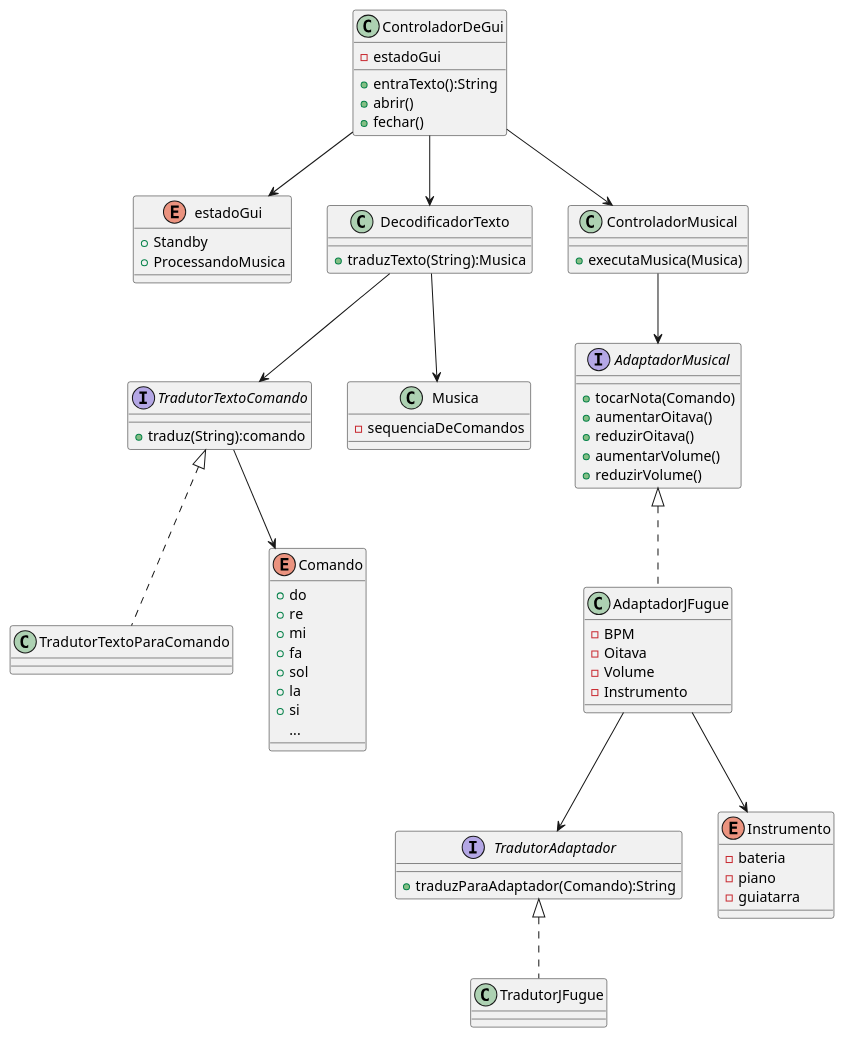
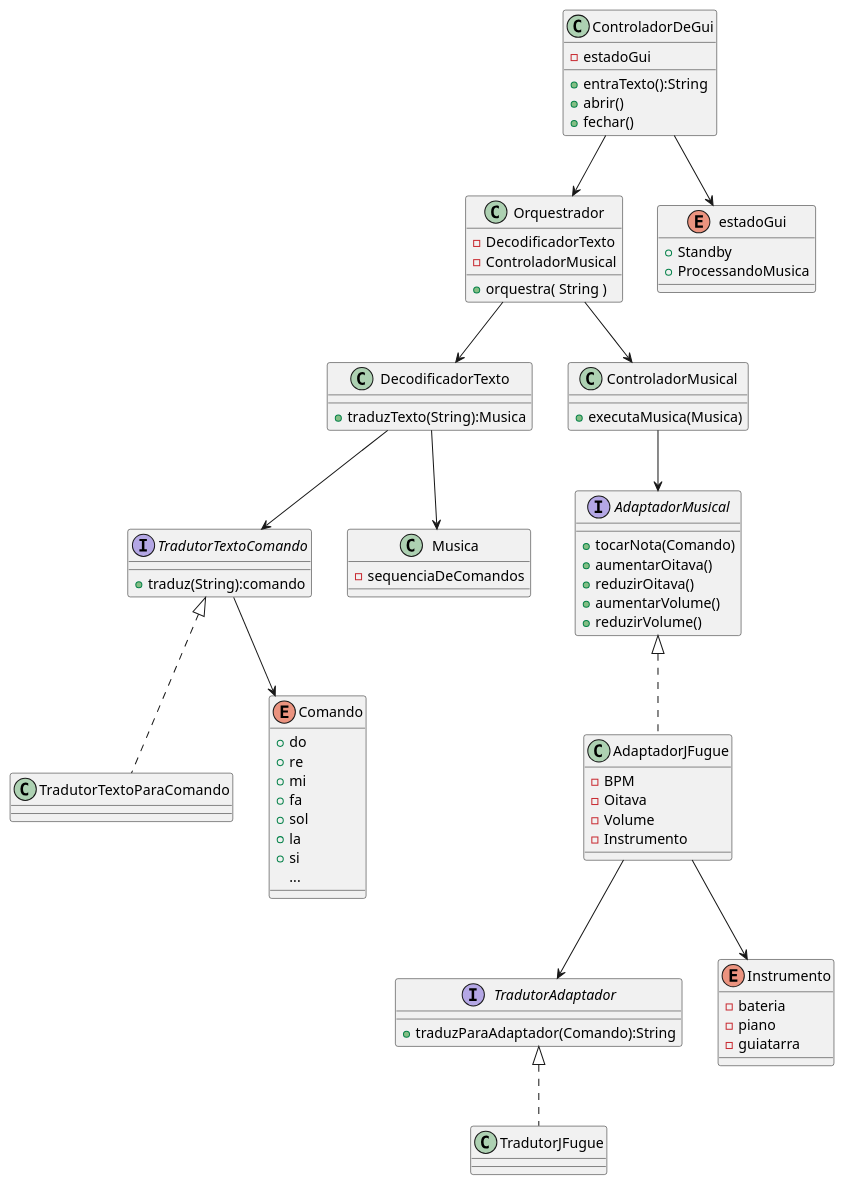
Before and after one commit to JoaoCosme/TCP: the diagram in diagramaDeClasses.puml, drawn with PlantUML. The commit also changed 1 other file, not shown here.

```diff
--- a/diagramaDeClasses.puml
+++ b/diagramaDeClasses.puml
@@ -1,85 +1,92 @@
 @startuml classes
+
+class Orquestrador{
+    - DecodificadorTexto
+    - ControladorMusical
+    + orquestra( String )
+}
 
 class ControladorDeGui{
     - estadoGui
     + entraTexto():String
     + abrir()
     + fechar()
 }
 
 enum estadoGui{
     + Standby
     + ProcessandoMusica
 }
 
 class DecodificadorTexto{
     + traduzTexto(String):Musica
 }
 
 interface TradutorTextoComando{
     + traduz(String):comando
 }
 
 class TradutorTextoParaComando implements TradutorTextoComando{}
 
 class ControladorMusical{
     + executaMusica(Musica)
 }
 
 interface AdaptadorMusical{
     + tocarNota(Comando)
     + aumentarOitava()
     + reduzirOitava()
     + aumentarVolume()
     + reduzirVolume()
 }
 
 class AdaptadorJFugue implements AdaptadorMusical{
     - BPM
     - Oitava
     - Volume
     - Instrumento
 }
 
 interface TradutorAdaptador{
     + traduzParaAdaptador(Comando):String
 }
 
 class TradutorJFugue implements TradutorAdaptador{
 
 }
 
 enum Instrumento{
     - bateria
     - piano
     - guiatarra
 }
 
 enum Comando{
     + do
     + re
     + mi
     + fa
     + sol
     + la
     + si
     ...
 }
 
 class Musica{
     - sequenciaDeComandos
 }
 
 
-ControladorDeGui --> DecodificadorTexto
-ControladorDeGui --> ControladorMusical
+ControladorDeGui --> Orquestrador
+Orquestrador --> ControladorMusical
+Orquestrador --> DecodificadorTexto
 DecodificadorTexto --> TradutorTextoComando
 DecodificadorTexto --> Musica
 ControladorMusical --> AdaptadorMusical
 TradutorTextoComando --> Comando
 ControladorDeGui --> estadoGui
 AdaptadorJFugue --> Instrumento
 AdaptadorJFugue --> TradutorAdaptador
 
 
 @enduml
```
